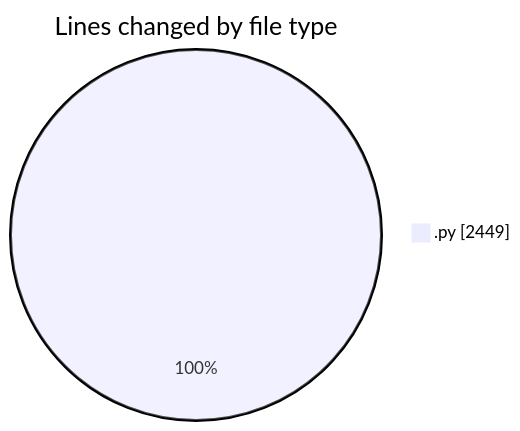
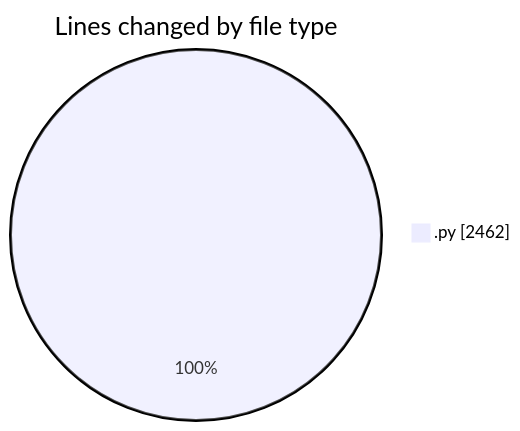
One commit to MatusMokan/code-tracking changed the first of 2 diagrams in 2025-03-01/myws__workspace_/README.md. Above: the diagram before and after it, drawn with Mermaid. The commit also changed other lines of this file and 1 other file, not shown here.

````diff
--- a/2025-03-01/myws__workspace_/README.md
+++ b/2025-03-01/myws__workspace_/README.md
@@ -24,5 +24,5 @@
 ```mermaid
 pie showData
 title Lines changed by file type
-".py" : 2449
+".py" : 2462
 ```
````
